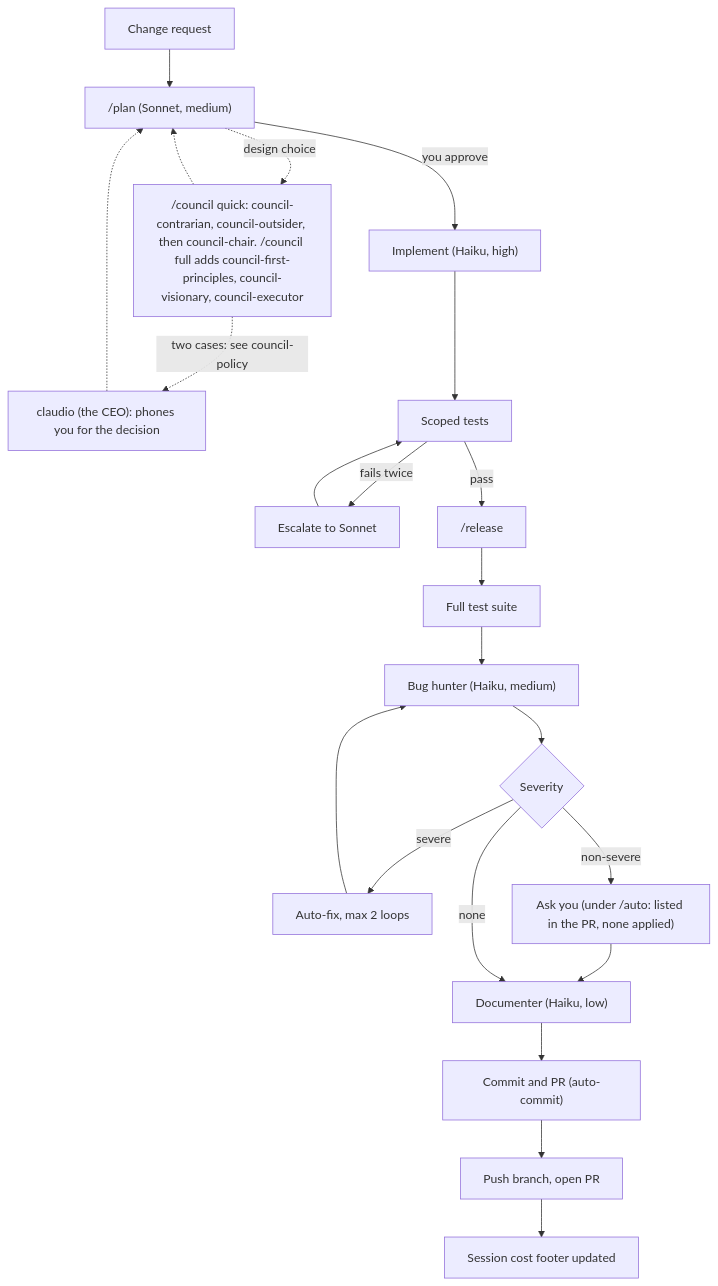
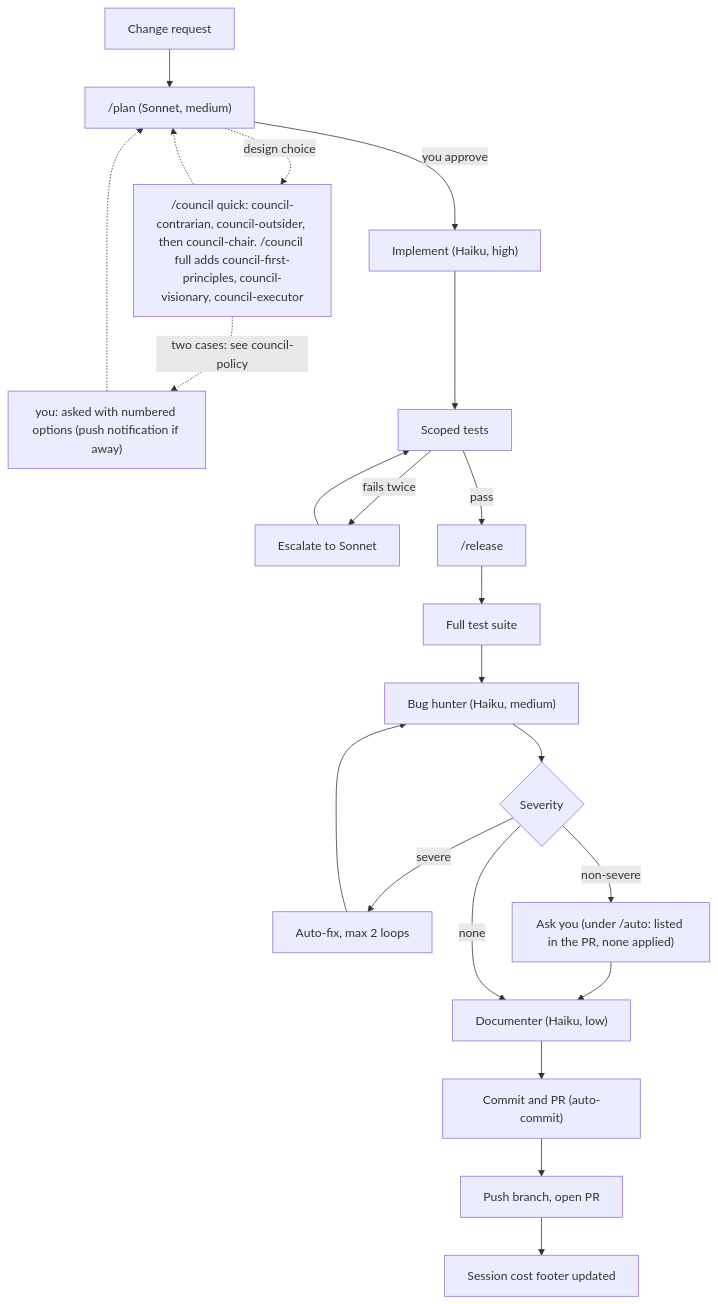
One commit to destaben/dotclaude changed the diagram in README.md. Above: the diagram before and after it, drawn with Mermaid. The commit also changed other lines of this file and 15 other files, not shown here.

````diff
--- a/README.md
+++ b/README.md
@@ -106,24 +101,24 @@
 ```mermaid
 flowchart TD
     A[Change request] --> B["/plan (Sonnet, medium)"]
     B -.->|design choice| Q["/council quick: council-contrarian, council-outsider, then council-chair. /council full adds council-first-principles, council-visionary, council-executor"]
     Q -.-> B
-    Q -.->|two cases: see council-policy| U["claudio (the CEO): phones you for the decision"]
+    Q -.->|two cases: see council-policy| U["you: asked with numbered options (push notification if away)"]
     U -.-> B
     B -->|you approve| C["Implement (Haiku, high)"]
     C --> D[Scoped tests]
     D -->|fails twice| E[Escalate to Sonnet]
     E --> D
     D -->|pass| F["/release"]
     F --> G[Full test suite]
     G --> H["Bug hunter (Haiku, medium)"]
     H --> I{Severity}
     I -->|severe| J[Auto-fix, max 2 loops]
     J --> H
     I -->|non-severe| K["Ask you (under /auto: listed in the PR, none applied)"]
     K --> M
     I -->|none| M["Documenter (Haiku, low)"]
     M --> N["Commit and PR (auto-commit)"]
     N --> O[Push branch, open PR]
     O --> P[Session cost footer updated]
 ```
````
